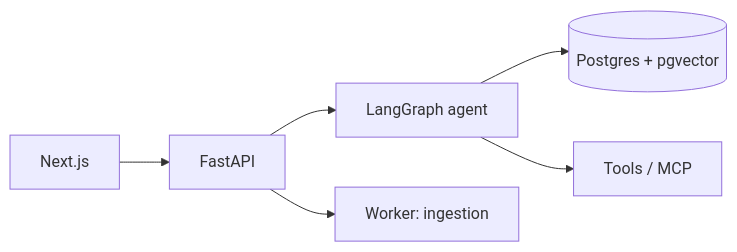
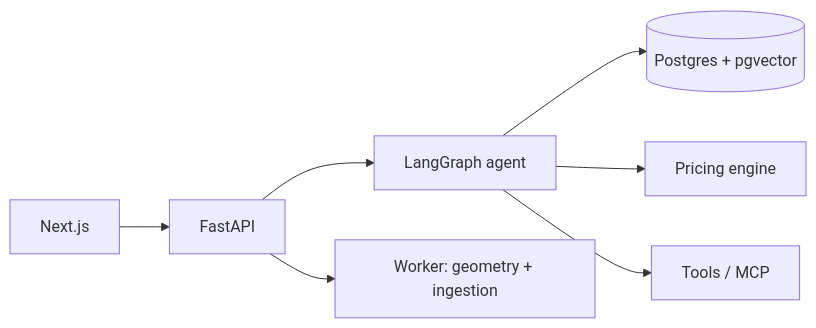
The diagram in README.md (PaSathees/partquote), drawn with Mermaid before and after one commit. The commit also changed other lines of this file, not shown here.

````diff
--- a/README.md
+++ b/README.md
@@ -27,8 +33,9 @@
 ```mermaid
 flowchart LR
   UI[Next.js] --> API[FastAPI]
   API --> G[LangGraph agent]
   G --> R[(Postgres + pgvector)]
+  G --> P[Pricing engine]
   G --> T[Tools / MCP]
-  API --> Q[Worker: ingestion]
+  API --> Q[Worker: geometry + ingestion]
 ```
````
